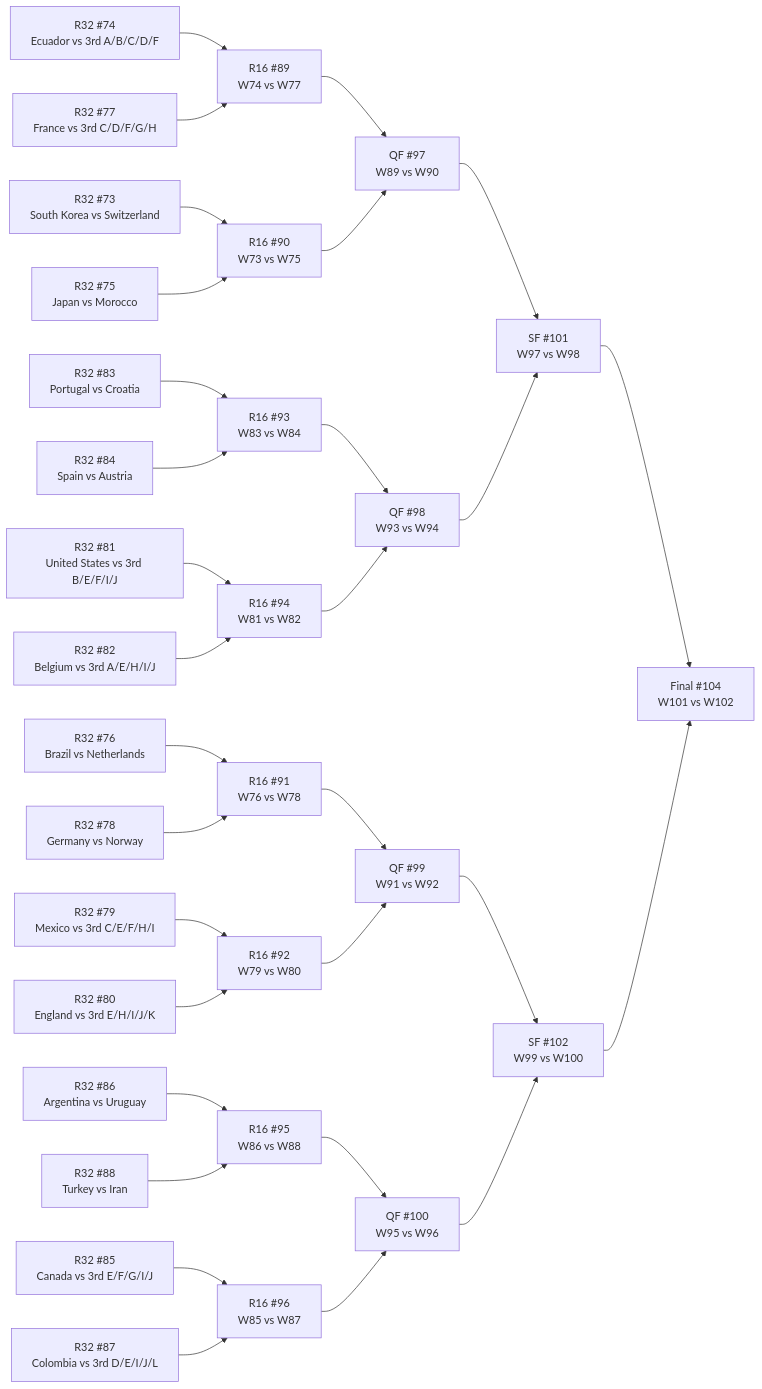
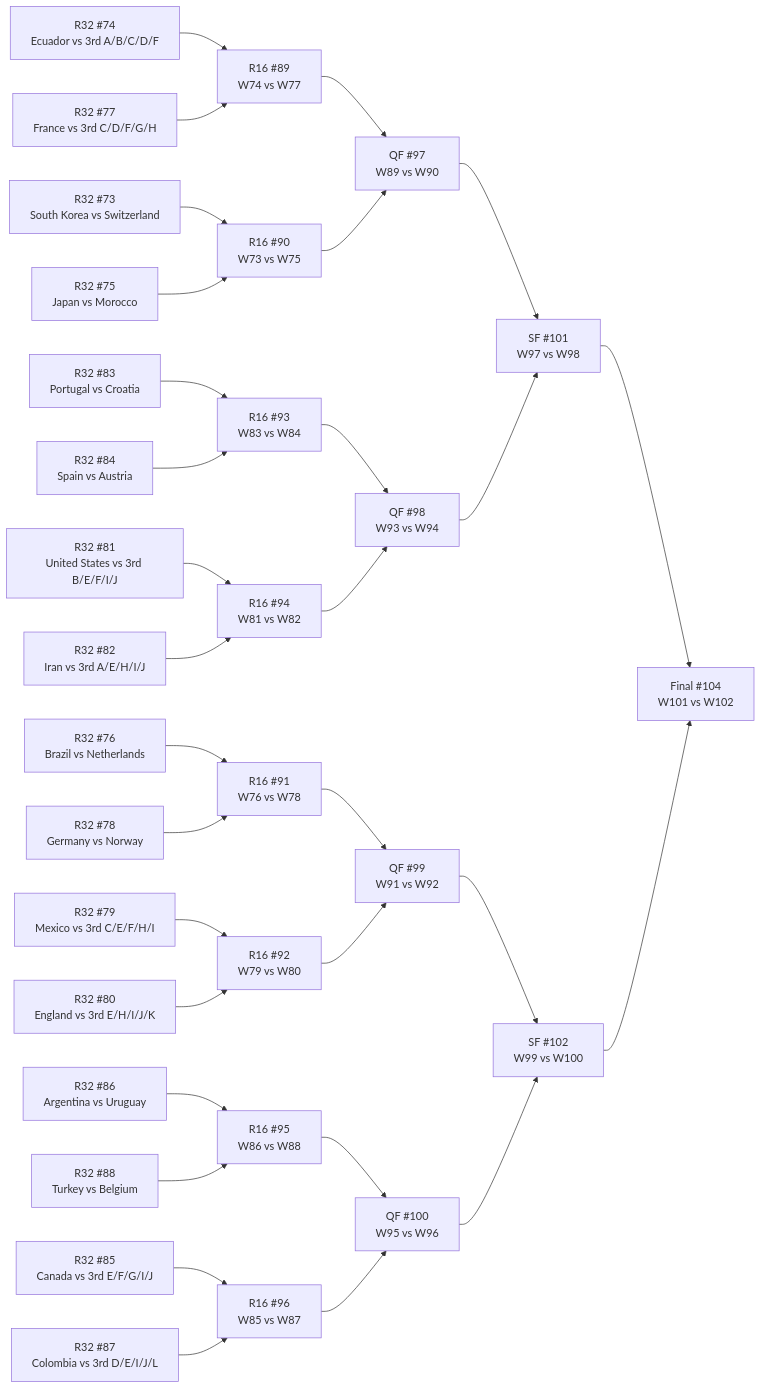
One commit to Tutai-Tran/WC-2026-predictor changed the diagram in WC vault/_bracket.md. Above: the diagram before and after it, drawn with Mermaid. The commit also changed 227 other files, not shown here.

````diff
--- a/WC vault/_bracket.md
+++ b/WC vault/_bracket.md
@@ -11,64 +11,64 @@
 ```mermaid
 flowchart LR
   M73["R32 #73<br>South Korea vs Switzerland"]
   M74["R32 #74<br>Ecuador vs 3rd A/B/C/D/F"]
   M75["R32 #75<br>Japan vs Morocco"]
   M76["R32 #76<br>Brazil vs Netherlands"]
   M77["R32 #77<br>France vs 3rd C/D/F/G/H"]
   M78["R32 #78<br>Germany vs Norway"]
   M79["R32 #79<br>Mexico vs 3rd C/E/F/H/I"]
   M80["R32 #80<br>England vs 3rd E/H/I/J/K"]
   M81["R32 #81<br>United States vs 3rd B/E/F/I/J"]
-  M82["R32 #82<br>Belgium vs 3rd A/E/H/I/J"]
+  M82["R32 #82<br>Iran vs 3rd A/E/H/I/J"]
   M83["R32 #83<br>Portugal vs Croatia"]
   M84["R32 #84<br>Spain vs Austria"]
   M85["R32 #85<br>Canada vs 3rd E/F/G/I/J"]
   M86["R32 #86<br>Argentina vs Uruguay"]
   M87["R32 #87<br>Colombia vs 3rd D/E/I/J/L"]
-  M88["R32 #88<br>Turkey vs Iran"]
+  M88["R32 #88<br>Turkey vs Belgium"]
   M89["R16 #89<br>W74 vs W77"]
   M90["R16 #90<br>W73 vs W75"]
   M91["R16 #91<br>W76 vs W78"]
   M92["R16 #92<br>W79 vs W80"]
   M93["R16 #93<br>W83 vs W84"]
   M94["R16 #94<br>W81 vs W82"]
   M95["R16 #95<br>W86 vs W88"]
   M96["R16 #96<br>W85 vs W87"]
   M97["QF #97<br>W89 vs W90"]
   M98["QF #98<br>W93 vs W94"]
   M99["QF #99<br>W91 vs W92"]
   M100["QF #100<br>W95 vs W96"]
   M101["SF #101<br>W97 vs W98"]
   M102["SF #102<br>W99 vs W100"]
   M104["Final #104<br>W101 vs W102"]
   M74 --> M89
   M77 --> M89
   M73 --> M90
   M75 --> M90
   M76 --> M91
   M78 --> M91
   M79 --> M92
   M80 --> M92
   M83 --> M93
   M84 --> M93
   M81 --> M94
   M82 --> M94
   M86 --> M95
   M88 --> M95
   M85 --> M96
   M87 --> M96
   M89 --> M97
   M90 --> M97
   M93 --> M98
   M94 --> M98
   M91 --> M99
   M92 --> M99
   M95 --> M100
   M96 --> M100
   M97 --> M101
   M98 --> M101
   M99 --> M102
   M100 --> M102
   M101 --> M104
   M102 --> M104
 ```
````
